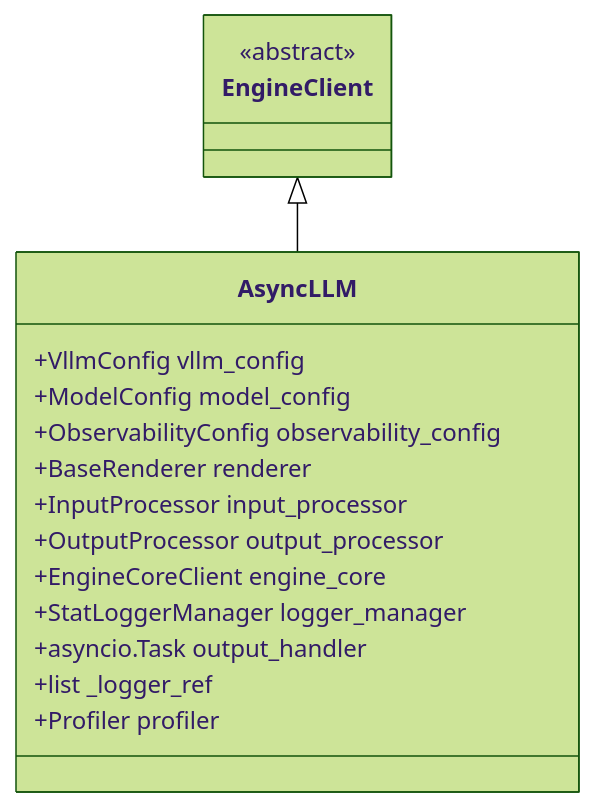
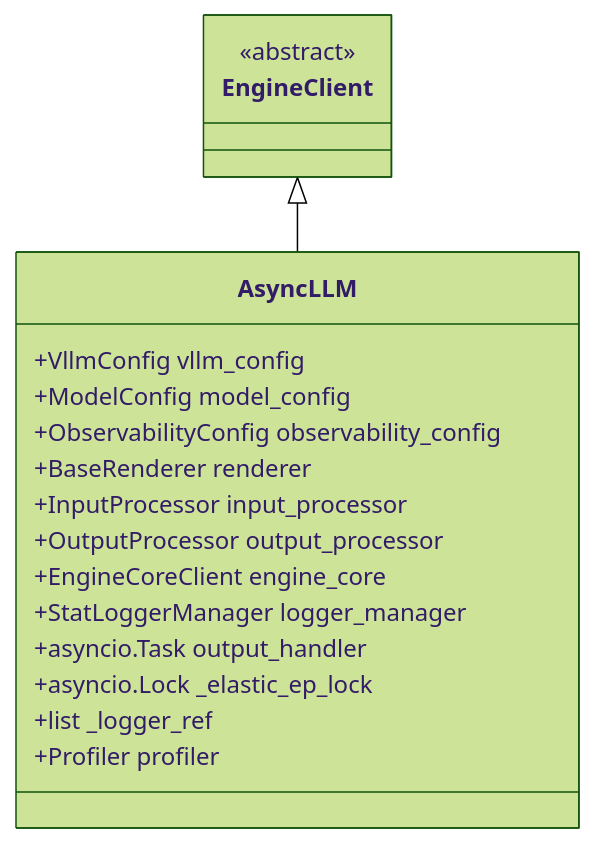
Before and after one commit to learning-sketch/wiki: the first of 2 diagrams in vllm/entities/AsyncLLM.md, drawn with Mermaid (forest theme). The commit also changed other lines of this file, not shown here.

````diff
--- a/vllm/entities/AsyncLLM.md
+++ b/vllm/entities/AsyncLLM.md
@@ -44,20 +45,21 @@
 ```mermaid
 classDiagram
     class AsyncLLM {
         +VllmConfig vllm_config
         +ModelConfig model_config
         +ObservabilityConfig observability_config
         +BaseRenderer renderer
         +InputProcessor input_processor
         +OutputProcessor output_processor
         +EngineCoreClient engine_core
         +StatLoggerManager logger_manager
         +asyncio.Task output_handler
+        +asyncio.Lock _elastic_ep_lock
         +list _logger_ref
         +Profiler profiler
     }
     class EngineClient {
         <<abstract>>
     }
     EngineClient <|-- AsyncLLM
 ```
````
